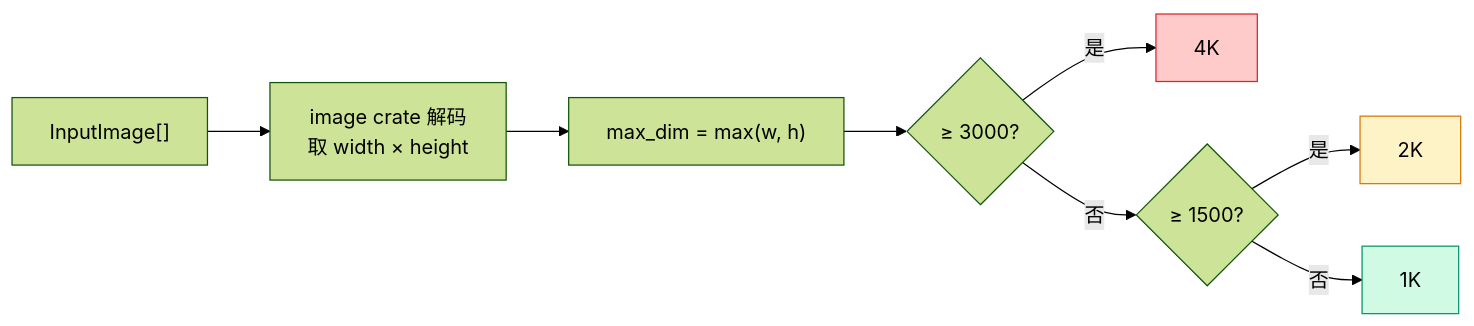
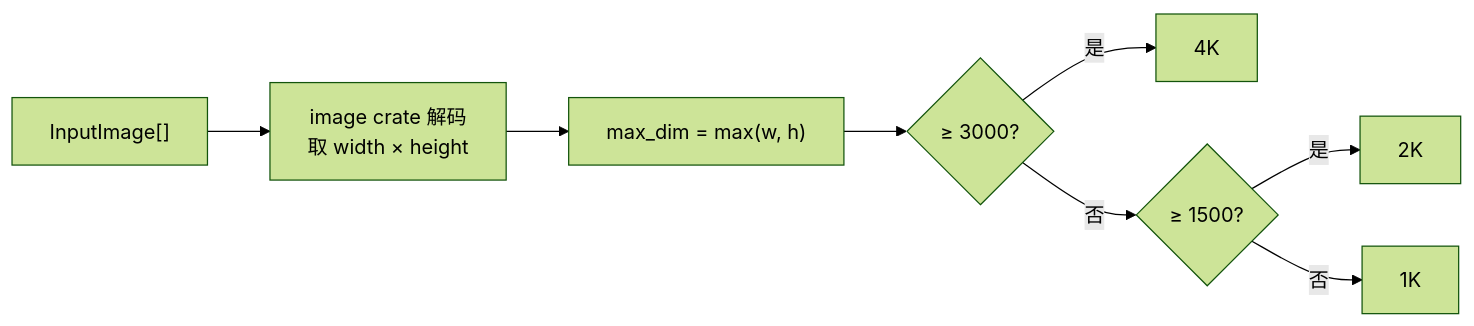
Before and after one commit to shiwenwen/hope-agent: the fourth of 11 diagrams in docs/architecture/image-generation.md, drawn with Mermaid (forest theme). The commit also changed other lines of this file and 13 other files, not shown here.

First line of the commit message:
docs: 移除 mermaid 图表中的自定义背景色填充

````diff
--- a/docs/architecture/image-generation.md
+++ b/docs/architecture/image-generation.md
@@ -229,14 +218,11 @@
 ```mermaid
 flowchart LR
     IMGS["InputImage[]"] --> DECODE2["image crate 解码<br/>取 width × height"]
     DECODE2 --> MAX["max_dim = max(w, h)"]
     MAX --> C1{"≥ 3000?"}
     C1 -- "是" --> R4K["4K"]
     C1 -- "否" --> C2{"≥ 1500?"}
     C2 -- "是" --> R2K["2K"]
     C2 -- "否" --> R1K["1K"]
 
-    style R4K fill:#fecaca,stroke:#dc2626
-    style R2K fill:#fef3c7,stroke:#d97706
-    style R1K fill:#d1fae5,stroke:#059669
 ```
````
